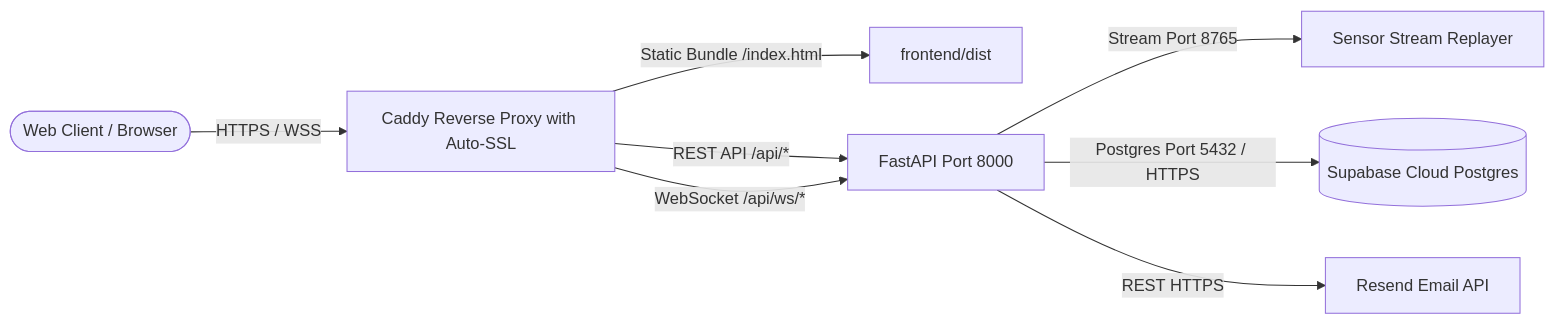
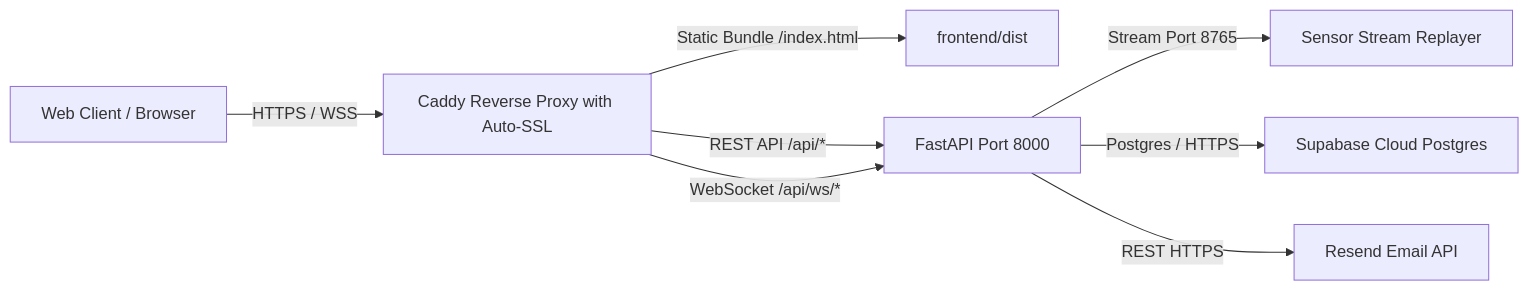
Before and after one commit to anshu2k24/sih26: the third of 3 diagrams in README.md, drawn with Mermaid. The commit also changed other lines of this file, not shown here.

Commit message:
docs: fix Mermaid syntax quotes for GitHub rich display rendering

````diff
--- a/README.md
+++ b/README.md
@@ -407,10 +407,10 @@
 ```mermaid
 flowchart LR
-    Client([Web Client / Browser]) -->|HTTPS / WSS| Proxy[Caddy Reverse Proxy with Auto-SSL]
-    Proxy -->|Static Bundle /index.html| Dist[frontend/dist]
-    Proxy -->|REST API /api/*| Backend[FastAPI Port 8000]
-    Proxy -->|WebSocket /api/ws/*| Backend
-    Backend -->|Stream Port 8765| Simulator[Sensor Stream Replayer]
-    Backend -->|Postgres Port 5432 / HTTPS| Supabase[(Supabase Cloud Postgres)]
-    Backend -->|REST HTTPS| Resend[Resend Email API]
+    Client["Web Client / Browser"] -->|"HTTPS / WSS"| Proxy["Caddy Reverse Proxy with Auto-SSL"]
+    Proxy -->|"Static Bundle /index.html"| Dist["frontend/dist"]
+    Proxy -->|"REST API /api/*"| Backend["FastAPI Port 8000"]
+    Proxy -->|"WebSocket /api/ws/*"| Backend
+    Backend -->|"Stream Port 8765"| Simulator["Sensor Stream Replayer"]
+    Backend -->|"Postgres / HTTPS"| Supabase["Supabase Cloud Postgres"]
+    Backend -->|"REST HTTPS"| Resend["Resend Email API"]
 ```
````
